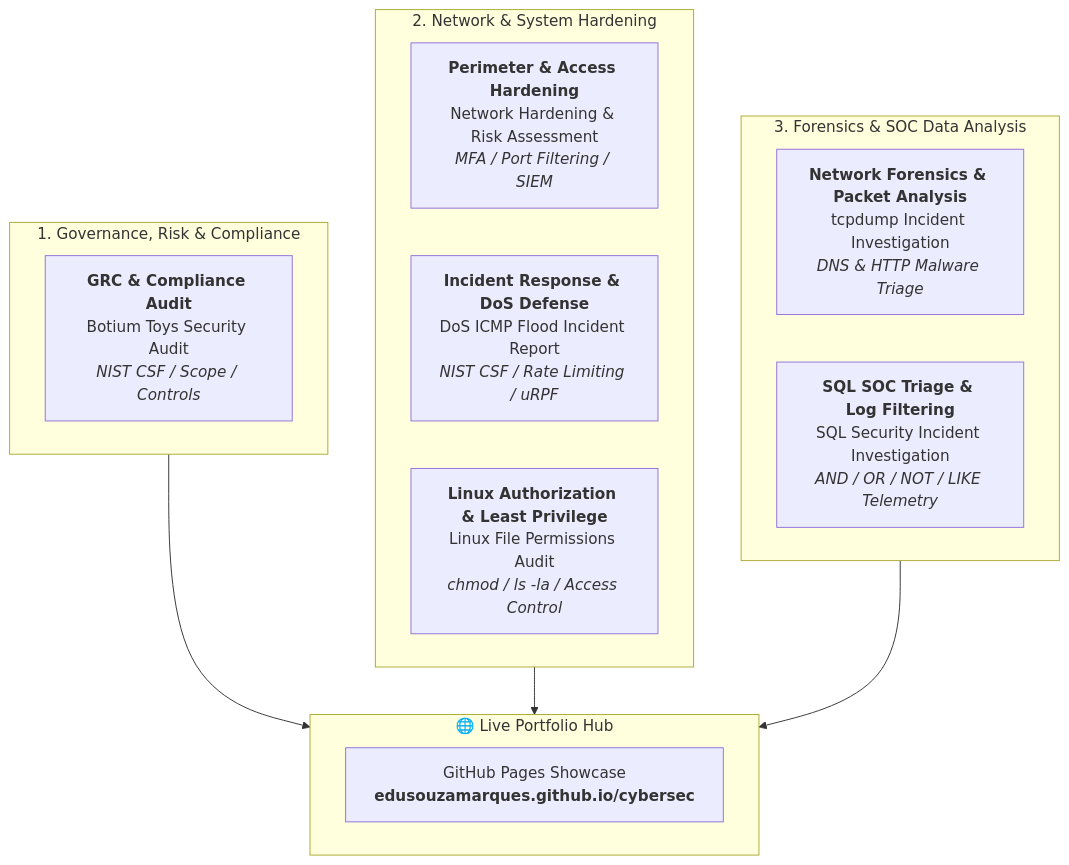
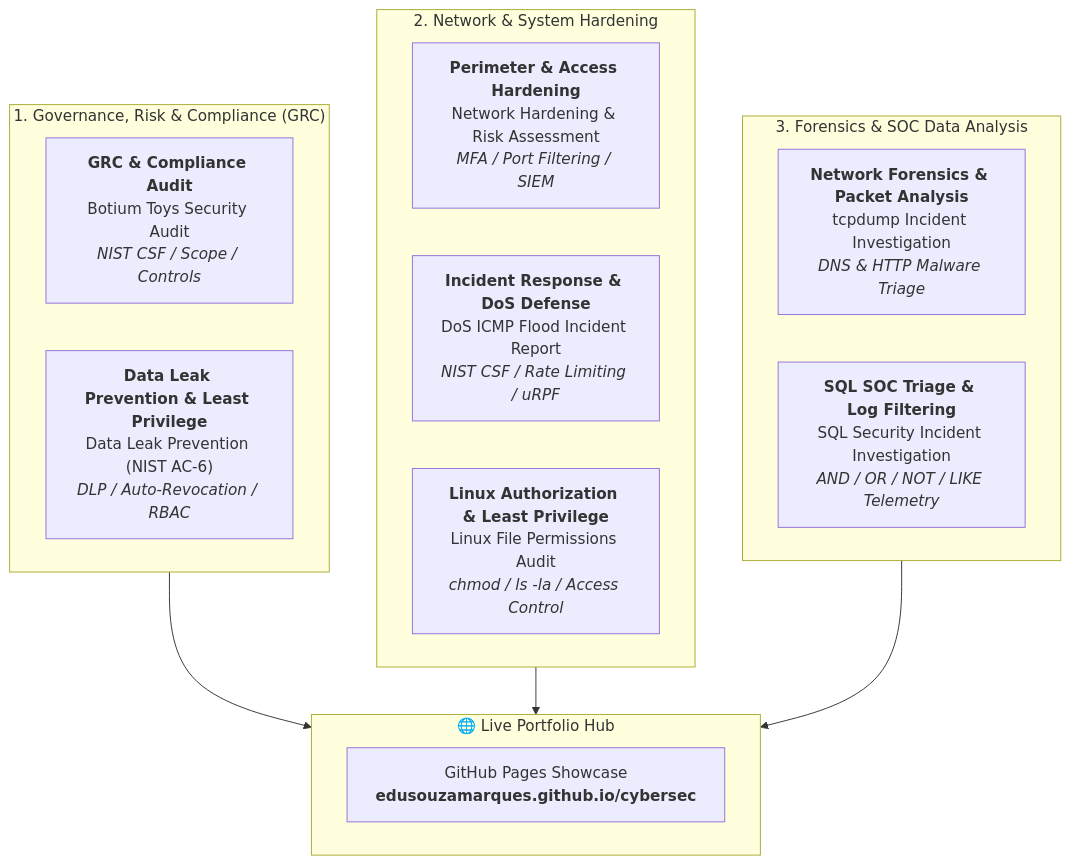
One commit to edusouzamarques/edusouzamarques changed the diagram in README.md. Above: the diagram before and after it, drawn with Mermaid. The commit also changed other lines of this file, not shown here.

Commit message:
feat: add NIST SP 800-53 AC-6 Data Leak Prevention lab to hands-on portfolio showcase

````diff
--- a/README.md
+++ b/README.md
@@ -12,25 +12,26 @@
 ```mermaid
 flowchart TD
-    subgraph GRC["1. Governance, Risk & Compliance"]
+    subgraph GRC["1. Governance, Risk & Compliance (GRC)"]
         L1["<b>GRC & Compliance Audit</b><br/>Botium Toys Security Audit<br/><i>NIST CSF / Scope / Controls</i>"]
+        L2["<b>Data Leak Prevention & Least Privilege</b><br/>Data Leak Prevention (NIST AC-6)<br/><i>DLP / Auto-Revocation / RBAC</i>"]
     end
 
     subgraph Defense["2. Network & System Hardening"]
-        L2["<b>Perimeter & Access Hardening</b><br/>Network Hardening & Risk Assessment<br/><i>MFA / Port Filtering / SIEM</i>"]
-        L3["<b>Incident Response & DoS Defense</b><br/>DoS ICMP Flood Incident Report<br/><i>NIST CSF / Rate Limiting / uRPF</i>"]
-        L4["<b>Linux Authorization & Least Privilege</b><br/>Linux File Permissions Audit<br/><i>chmod / ls -la / Access Control</i>"]
+        L3["<b>Perimeter & Access Hardening</b><br/>Network Hardening & Risk Assessment<br/><i>MFA / Port Filtering / SIEM</i>"]
+        L4["<b>Incident Response & DoS Defense</b><br/>DoS ICMP Flood Incident Report<br/><i>NIST CSF / Rate Limiting / uRPF</i>"]
+        L5["<b>Linux Authorization & Least Privilege</b><br/>Linux File Permissions Audit<br/><i>chmod / ls -la / Access Control</i>"]
     end
 
     subgraph Forensics["3. Forensics & SOC Data Analysis"]
-        L5["<b>Network Forensics & Packet Analysis</b><br/>tcpdump Incident Investigation<br/><i>DNS & HTTP Malware Triage</i>"]
-        L6["<b>SQL SOC Triage & Log Filtering</b><br/>SQL Security Incident Investigation<br/><i>AND / OR / NOT / LIKE Telemetry</i>"]
+        L6["<b>Network Forensics & Packet Analysis</b><br/>tcpdump Incident Investigation<br/><i>DNS & HTTP Malware Triage</i>"]
+        L7["<b>SQL SOC Triage & Log Filtering</b><br/>SQL Security Incident Investigation<br/><i>AND / OR / NOT / LIKE Telemetry</i>"]
     end
 
     subgraph Hub["🌐 Live Portfolio Hub"]
         Web["GitHub Pages Showcase<br/><b>edusouzamarques.github.io/cybersec</b>"]
     end
 
     GRC --> Hub
     Defense --> Hub
     Forensics --> Hub
 ```
````
